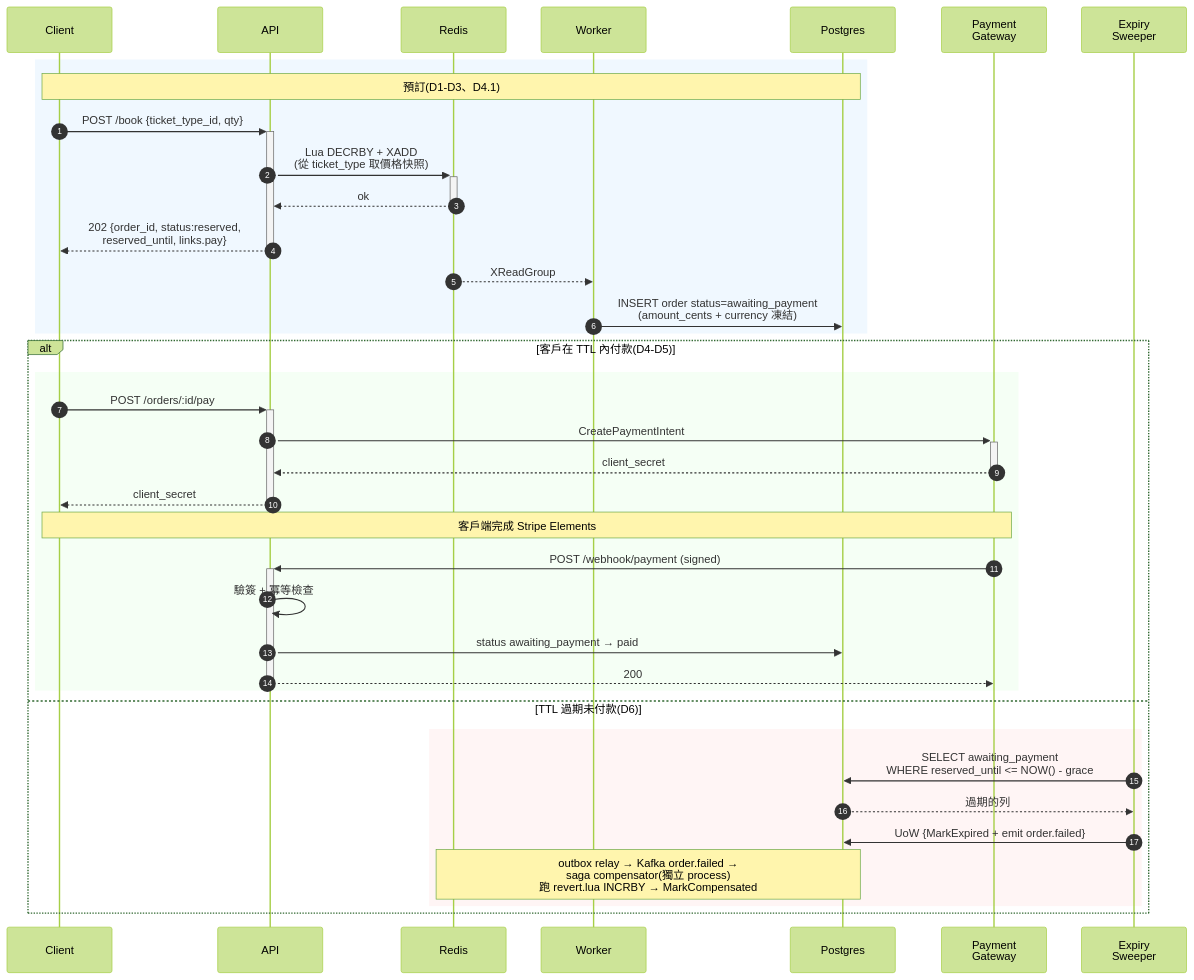
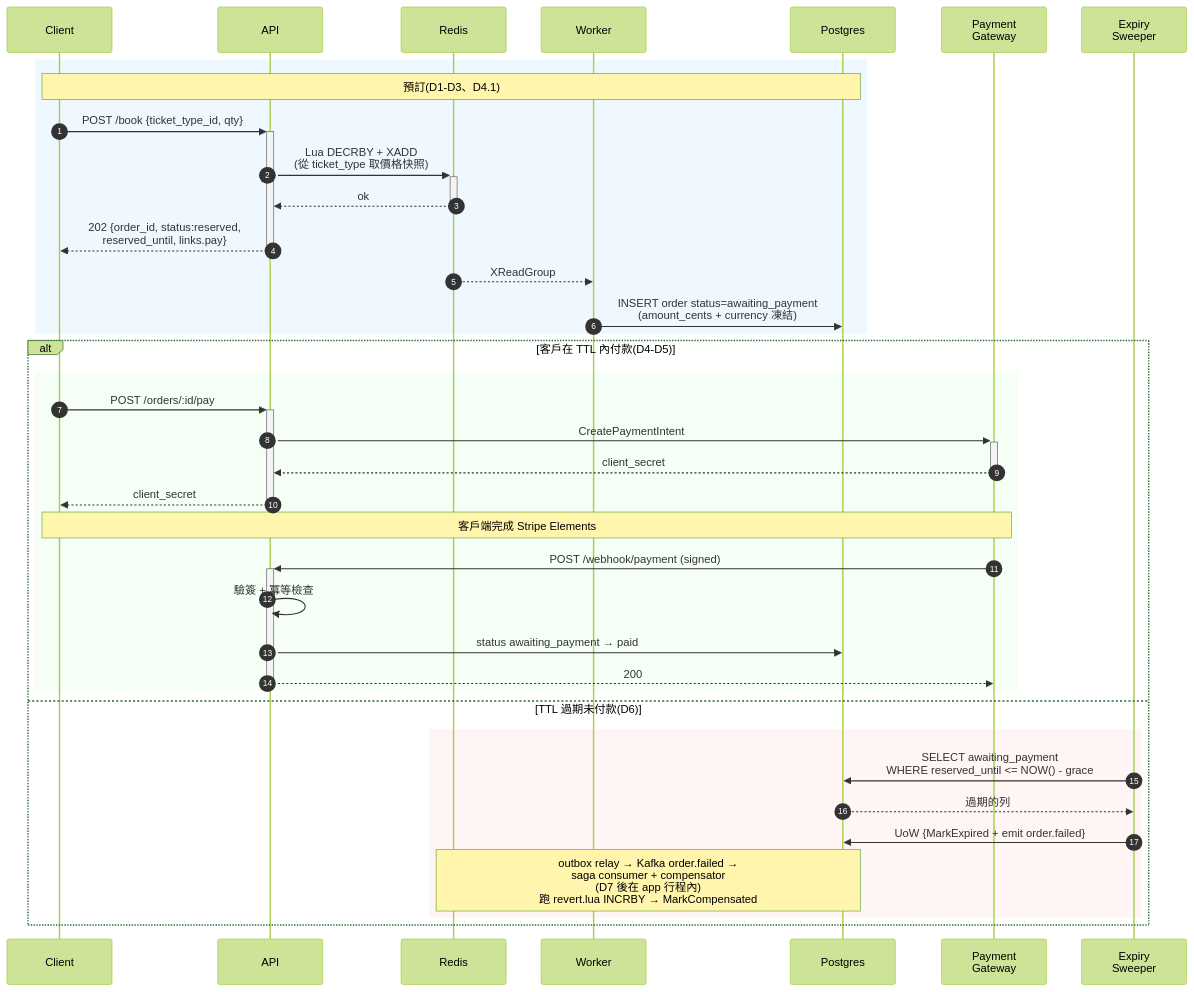
One commit to Leon180/booking_monitor changed the sixth of 6 diagrams in README.zh-TW.md. Above: the diagram before and after it, drawn with Mermaid (forest theme). The commit also changed other lines of this file and 3 other files, not shown here.

````diff
--- a/README.zh-TW.md
+++ b/README.zh-TW.md
@@ -113,42 +113,42 @@
 ```mermaid
 sequenceDiagram
     autonumber
     participant C as Client
     participant API
     participant R as Redis
     participant W as Worker
     participant P as Postgres
     participant GW as Payment<br/>Gateway
     participant SW as Expiry<br/>Sweeper
 
     rect rgb(240, 248, 255)
     Note over C,P: 預訂(D1-D3、D4.1)
     C->>+API: POST /book {ticket_type_id, qty}
     API->>+R: Lua DECRBY + XADD<br/>(從 ticket_type 取價格快照)
     R-->>-API: ok
     API-->>-C: 202 {order_id, status:reserved,<br/>reserved_until, links.pay}
     R-->>W: XReadGroup
     W->>P: INSERT order status=awaiting_payment<br/>(amount_cents + currency 凍結)
     end
 
     alt 客戶在 TTL 內付款(D4-D5)
         rect rgb(245, 255, 245)
         C->>+API: POST /orders/:id/pay
         API->>+GW: CreatePaymentIntent
         GW-->>-API: client_secret
         API-->>-C: client_secret
         Note over C,GW: 客戶端完成 Stripe Elements
         GW->>+API: POST /webhook/payment (signed)
         API->>API: 驗簽 + 冪等檢查
         API->>P: status awaiting_payment → paid
         API-->>-GW: 200
         end
     else TTL 過期未付款(D6)
         rect rgb(255, 245, 245)
         SW->>P: SELECT awaiting_payment<br/>WHERE reserved_until <= NOW() - grace
         P-->>SW: 過期的列
         SW->>P: UoW {MarkExpired + emit order.failed}
-        Note over P,R: outbox relay → Kafka order.failed →<br/>saga compensator(獨立 process)<br/>跑 revert.lua INCRBY → MarkCompensated
+        Note over P,R: outbox relay → Kafka order.failed →<br/>saga consumer + compensator<br/>(D7 後在 app 行程內)<br/>跑 revert.lua INCRBY → MarkCompensated
         end
     end
 ```
````
